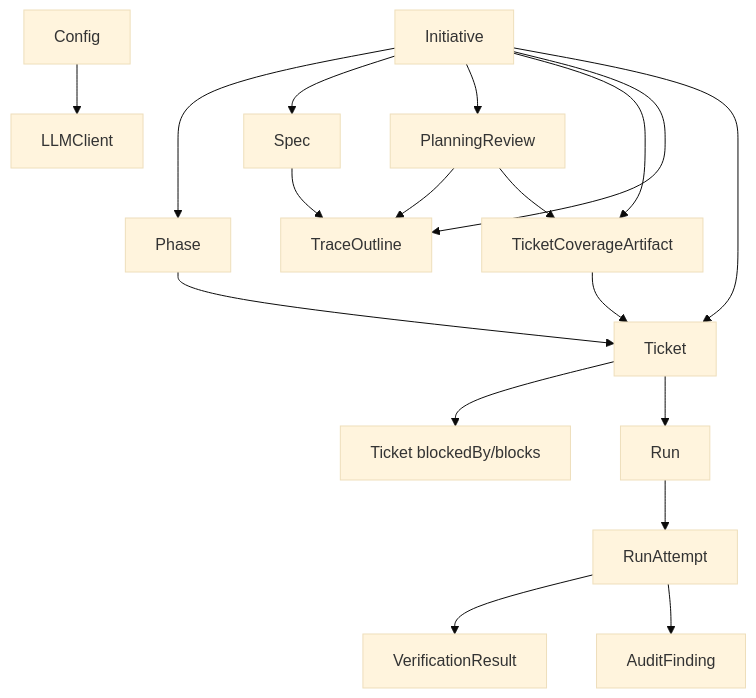
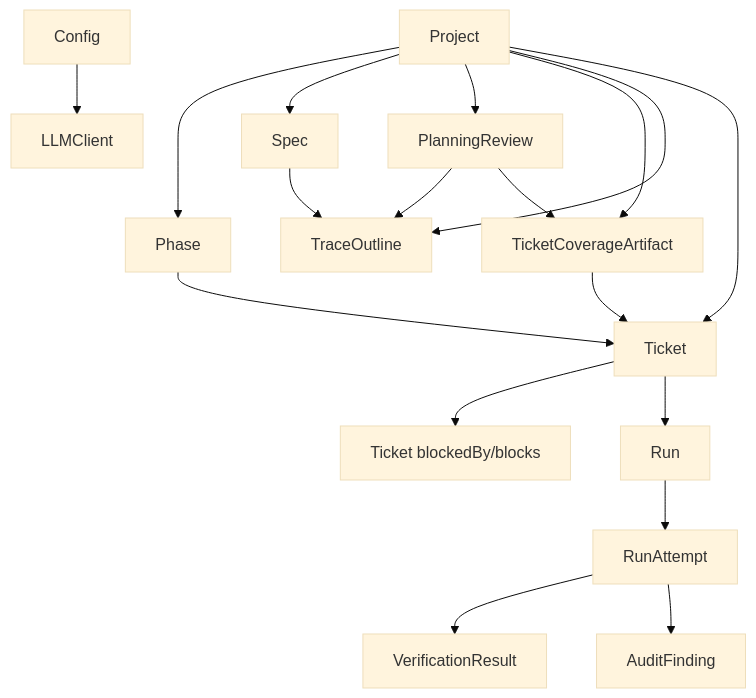
Before and after one commit to mtmitchel/SpecFlow: the first of 4 diagrams in docs/architecture.md, drawn with Mermaid (base theme). The commit also changed other lines of this file and 83 other files, not shown here.

````diff
--- a/docs/architecture.md
+++ b/docs/architecture.md
@@ -417,20 +420,20 @@
 ```mermaid
 graph TD
-    Initiative --> Phase
-    Initiative --> Spec
-    Initiative --> PlanningReview
-    Initiative --> TicketCoverage[TicketCoverageArtifact]
-    Initiative --> TraceOutline
-    Initiative --> Ticket
+    Project --> Phase
+    Project --> Spec
+    Project --> PlanningReview
+    Project --> TicketCoverage[TicketCoverageArtifact]
+    Project --> TraceOutline
+    Project --> Ticket
     Phase --> Ticket
     TicketCoverage --> Ticket
     Ticket --> Ticket2[Ticket blockedBy/blocks]
     Ticket --> Run
     Run --> RunAttempt
     RunAttempt --> VerificationResult
     RunAttempt --> AuditFinding
     Spec --> TraceOutline
     PlanningReview --> TraceOutline
     PlanningReview --> TicketCoverage
     Config --> LLMClient
 ```
````
